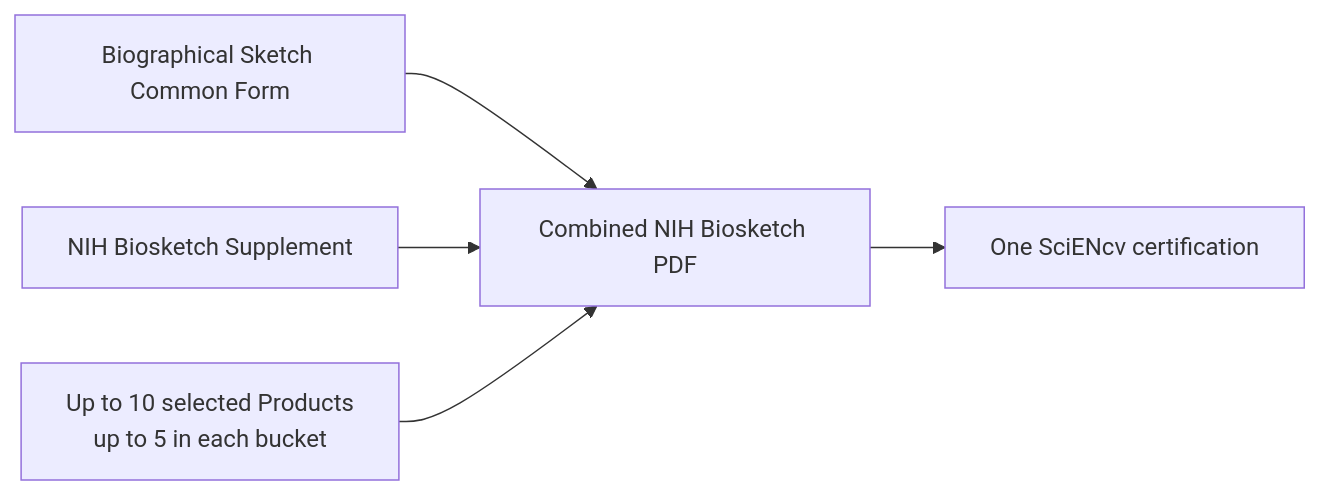
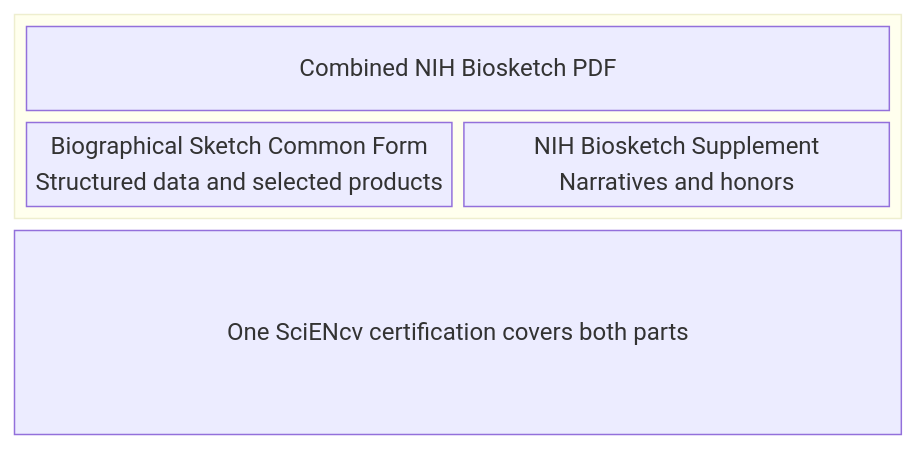
The diagram in docs/biosketch/overview.md (FritscheLab/nih-sciencv-playbook), drawn with Mermaid before and after one commit. The commit also changed other lines of this file and 60 other files, not shown here.

````diff
--- a/docs/biosketch/overview.md
+++ b/docs/biosketch/overview.md
@@ -26,9 +31,11 @@
 ```mermaid
-flowchart LR
-    accTitle: Biosketch output components
-    accDescr: The NIH biosketch PDF combines the Biographical Sketch Common Form, the NIH Biosketch Supplement, and selected products inside SciENcv.
-    A["Biographical Sketch Common Form"] --> D["Combined NIH Biosketch PDF"]
-    B["NIH Biosketch Supplement"] --> D
-    C["Up to 10 selected Products<br/>up to 5 in each bucket"] --> D
-    D --> E["One SciENcv certification"]
+block-beta
+    columns 2
+    block:pdf:2
+        columns 2
+        heading["Combined NIH Biosketch PDF"]:2
+        common["Biographical Sketch Common Form<br/>Structured data and selected products"]
+        supplement["NIH Biosketch Supplement<br/>Narratives and honors"]
+    end
+    certification["One SciENcv certification covers both parts"]:2
 ```
````
